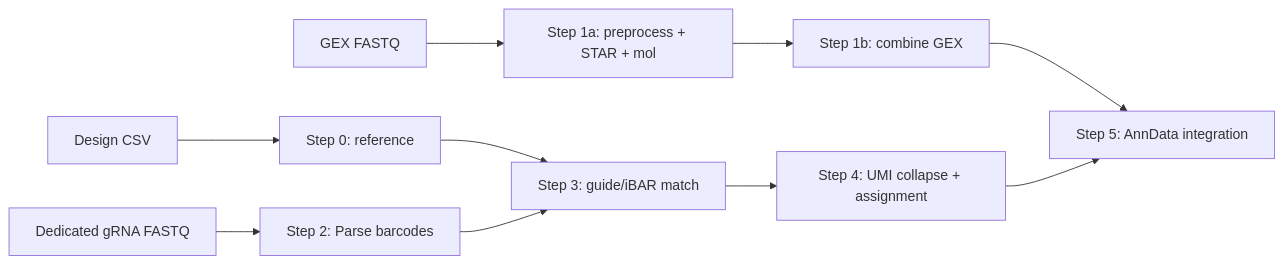
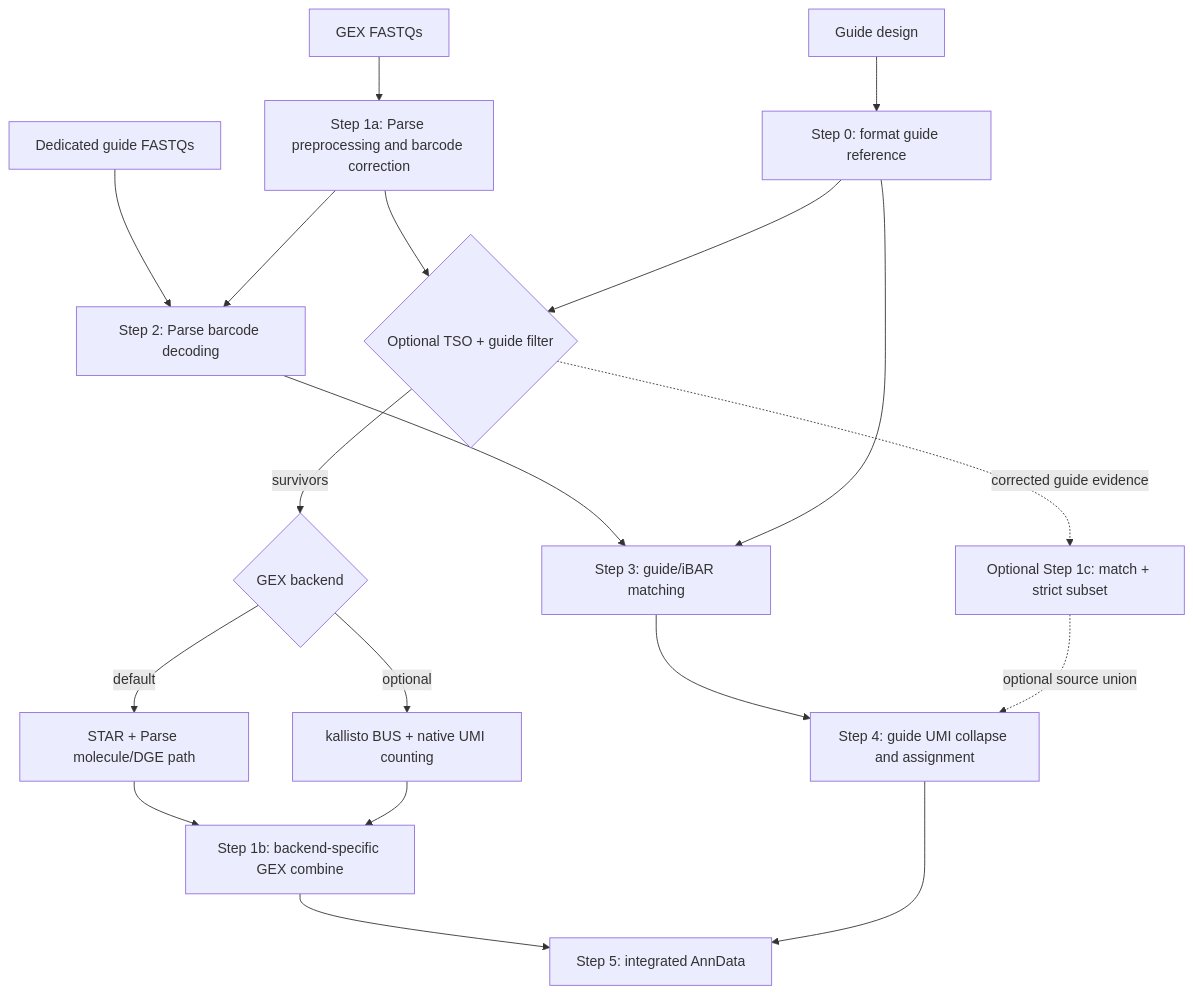
Before and after one commit to jhjiang2020/CSM_ccperturbseq: the diagram in pipeline_overview.md, drawn with Mermaid. The commit also changed other lines of this file and 202 other files, not shown here.

First line of the commit message:
feat: release v2.0 with native kallisto GEX backend

````diff
--- a/pipeline_overview.md
+++ b/pipeline_overview.md
@@ -16,12 +11,21 @@
 ```mermaid
-flowchart LR
-    D[Design CSV] --> S0[Step 0: reference]
-    GEX[GEX FASTQ] --> S1A[Step 1a: preprocess + STAR + mol]
-    S1A --> S1B[Step 1b: combine GEX]
-    GRNA[Dedicated gRNA FASTQ] --> S2[Step 2: Parse barcodes]
-    S0 --> S3[Step 3: guide/iBAR match]
-    S2 --> S3
-    S3 --> S4[Step 4: UMI collapse + assignment]
-    S1B --> S5[Step 5: AnnData integration]
+flowchart TD
+    DESIGN[Guide design] --> S0[Step 0: format guide reference]
+    GEX[GEX FASTQs] --> PRE[Step 1a: Parse preprocessing and barcode correction]
+    PRE --> FILTER{Optional TSO + guide filter}
+    FILTER -->|survivors| BACKEND{GEX backend}
+    BACKEND -->|default| STAR[STAR + Parse molecule/DGE path]
+    BACKEND -->|optional| KAL[kallisto BUS + native UMI counting]
+    STAR --> COMB[Step 1b: backend-specific GEX combine]
+    KAL --> COMB
+    FILTER -. corrected guide evidence .-> S1C[Optional Step 1c: match + strict subset]
+    GRNA[Dedicated guide FASTQs] --> S2[Step 2: Parse barcode decoding]
+    PRE --> S2
+    S2 --> S3[Step 3: guide/iBAR matching]
+    S0 --> S3
+    S0 --> FILTER
+    S3 --> S4[Step 4: guide UMI collapse and assignment]
+    S1C -. optional source union .-> S4
+    COMB --> S5[Step 5: integrated AnnData]
     S4 --> S5
 ```
````
